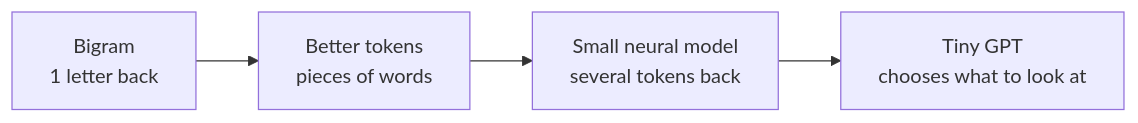
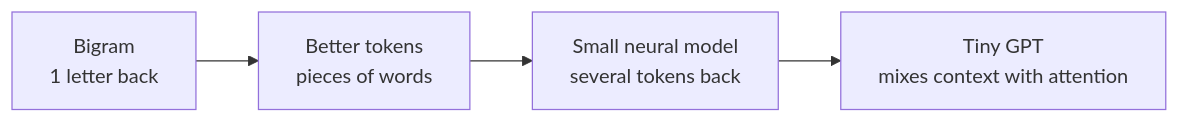
Before and after one commit to Falconiere/agavus: the second of 2 diagrams in learning/06-write-new-text.md, drawn with Mermaid. The commit also changed other lines of this file and 17 other files, not shown here.

````diff
--- a/learning/06-write-new-text.md
+++ b/learning/06-write-new-text.md
@@ -34,4 +46,6 @@
 ```mermaid
 flowchart LR
-  A["Bigram<br/>1 letter back"] --> B["Better tokens<br/>pieces of words"] --> C["Small neural model<br/>several tokens back"] --> D["Tiny GPT<br/>chooses what to look at"]
+  A["Bigram<br/>1 letter back"] --> B["Better tokens<br/>pieces of words"]
+  B --> C["Small neural model<br/>several tokens back"]
+  C --> D["Tiny GPT<br/>mixes context with attention"]
 ```
````
